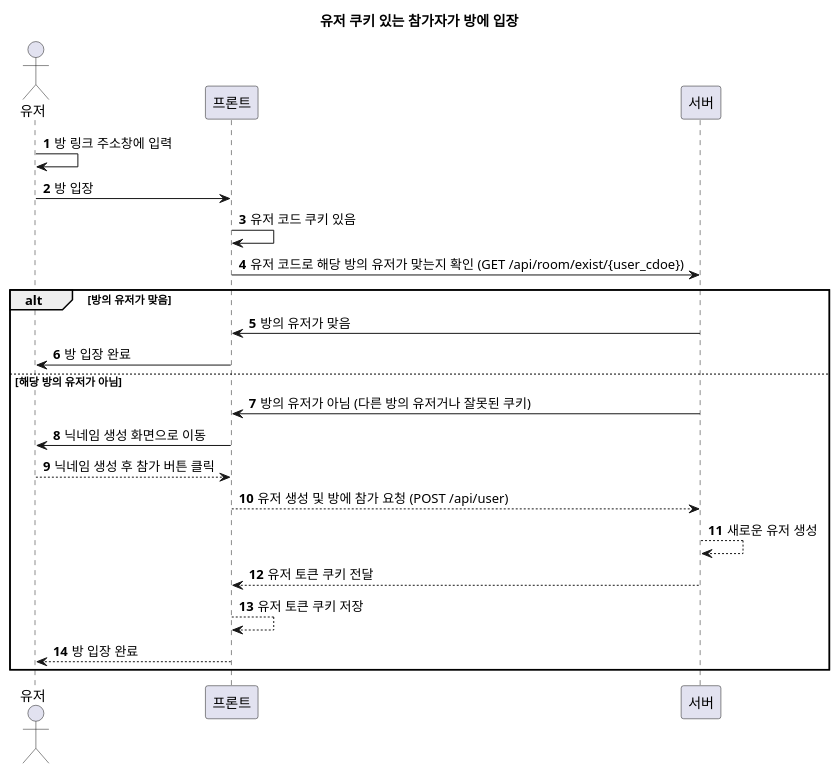
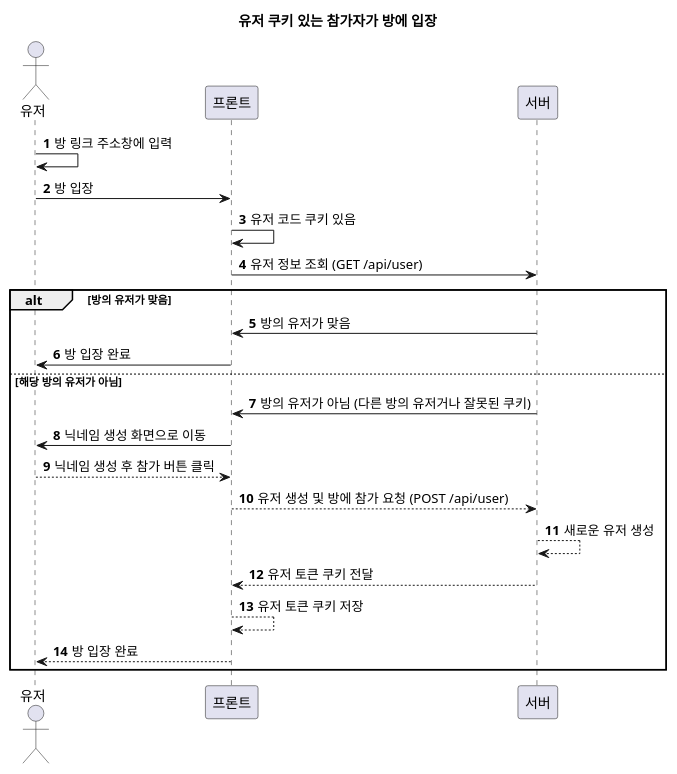
Before and after one commit to youngcha-lab/liar-game: the diagram in liar-game-app/docs/user_join_new_room_with_cookie.puml, drawn with PlantUML. The commit also changed 2 other files, not shown here.

Commit message:
Update squence diagram

```diff
--- a/liar-game-app/docs/user_join_new_room_with_cookie.puml
+++ b/liar-game-app/docs/user_join_new_room_with_cookie.puml
@@ -1,29 +1,29 @@
 @startuml
 !pragma layout smetana
 
 actor 유저 as user
 participant 프론트 as fe
 participant 서버 as server
 
 title 유저 쿠키 있는 참가자가 방에 입장
 
 autonumber
 user -> user: 방 링크 주소창에 입력
 user -> fe: 방 입장
 fe -> fe: 유저 코드 쿠키 있음
-fe -> server: 유저 코드로 해당 방의 유저가 맞는지 확인 (GET /api/room/exist/{user_cdoe})
+fe -> server: 유저 정보 조회 (GET /api/user)
 alt 방의 유저가 맞음
     server -> fe: 방의 유저가 맞음
     fe -> user: 방 입장 완료
 else 해당 방의 유저가 아님
     server -> fe: 방의 유저가 아님 (다른 방의 유저거나 잘못된 쿠키)
     fe -> user: 닉네임 생성 화면으로 이동
     user --> fe: 닉네임 생성 후 참가 버튼 클릭
     fe --> server: 유저 생성 및 방에 참가 요청 (POST /api/user)
     server --> server: 새로운 유저 생성
     server --> fe: 유저 토큰 쿠키 전달
     fe --> fe: 유저 토큰 쿠키 저장
     fe --> user: 방 입장 완료
 end
 
 @enduml
```
